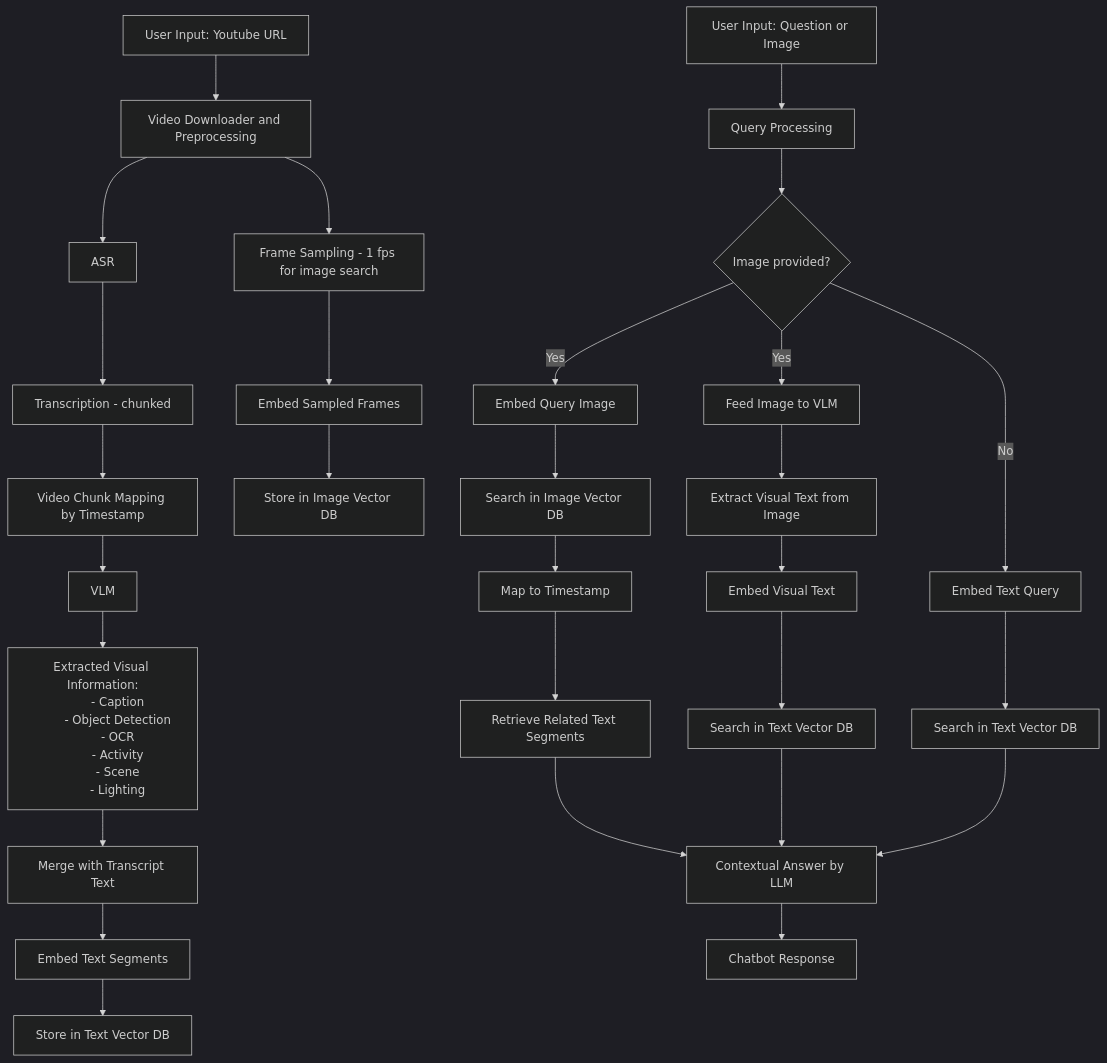
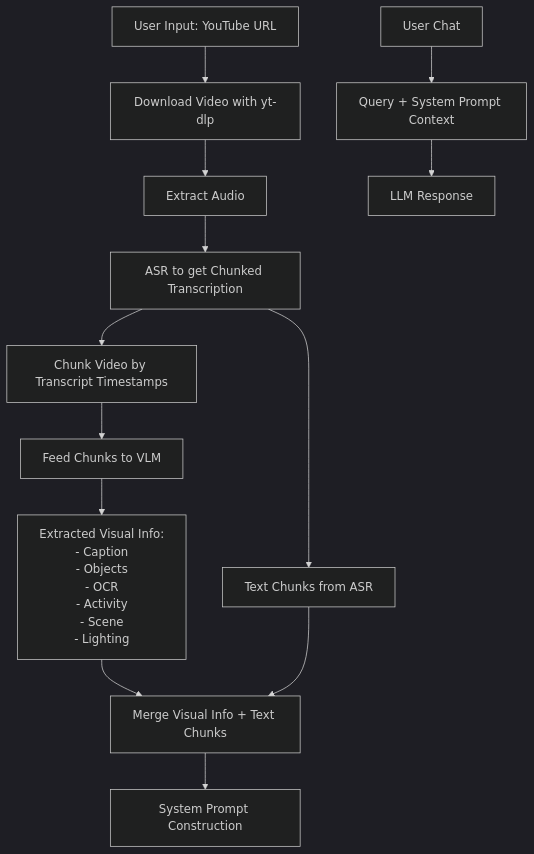
The diagram in README.md (liemkg1234/chatbot-video), drawn with Mermaid (dark theme) before and after one commit. The commit also changed other lines of this file and 16 other files, not shown here.

````diff
--- a/README.md
+++ b/README.md
@@ -18,49 +23,26 @@
 ```mermaid
 graph TD
-    A[User Input: Youtube URL] --> B[Video Downloader and Preprocessing]
-    B --> C[ASR]
-    C --> D[Transcription - chunked]
-    B --> E[Frame Sampling - 1 fps for image search]
+    A[User Input: YouTube URL] --> B[Download Video with yt-dlp]
+    B --> C[Extract Audio]
+    C --> D[ASR to get Chunked Transcription]
+    D --> E[Chunk Video by Transcript Timestamps]
+    E --> F[Feed Chunks to VLM]
 
-    D --> F[Video Chunk Mapping by Timestamp]
-    F --> G[VLM]
-    
-    G --> H[Extracted Visual Information:
+    F --> G[Extracted Visual Info:
         - Caption
-        - Object Detection
+        - Objects
         - OCR
         - Activity
         - Scene
         - Lighting]
-    
-    H --> I[Merge with Transcript Text]
-    I --> J[Embed Text Segments]
-    
-    J --> K[Store in Text Vector DB]
-    E --> L[Embed Sampled Frames]
-    L --> M[Store in Image Vector DB]
-    
-    N[User Input: Question or Image] --> O[Query Processing]
-    
-    O --> P{Image provided?}
-    
-    P -- Yes --> Q1[Embed Query Image]
-    Q1 --> R1[Search in Image Vector DB]
-    R1 --> S1[Map to Timestamp]
-    S1 --> T1[Retrieve Related Text Segments]
 
-    P -- Yes --> Q2[Feed Image to VLM]
-    Q2 --> R2[Extract Visual Text from Image]
-    R2 --> S2[Embed Visual Text]
-    S2 --> T2[Search in Text Vector DB]
+    D --> H[Text Chunks from ASR]
 
-    P -- No --> U[Embed Text Query]
-    U --> V[Search in Text Vector DB]
+    G --> I[Merge Visual Info + Text Chunks]
+    H --> I
 
-    %% Merge logic
-    T1 --> W[Contextual Answer by LLM]
-    T2 --> W
-    V  --> W
-    W --> X[Chatbot Response]
+    I --> J[System Prompt Construction]
 
+    K[User Chat] --> L[Query + System Prompt Context]
+    L --> M[LLM Response]
 ```
````
